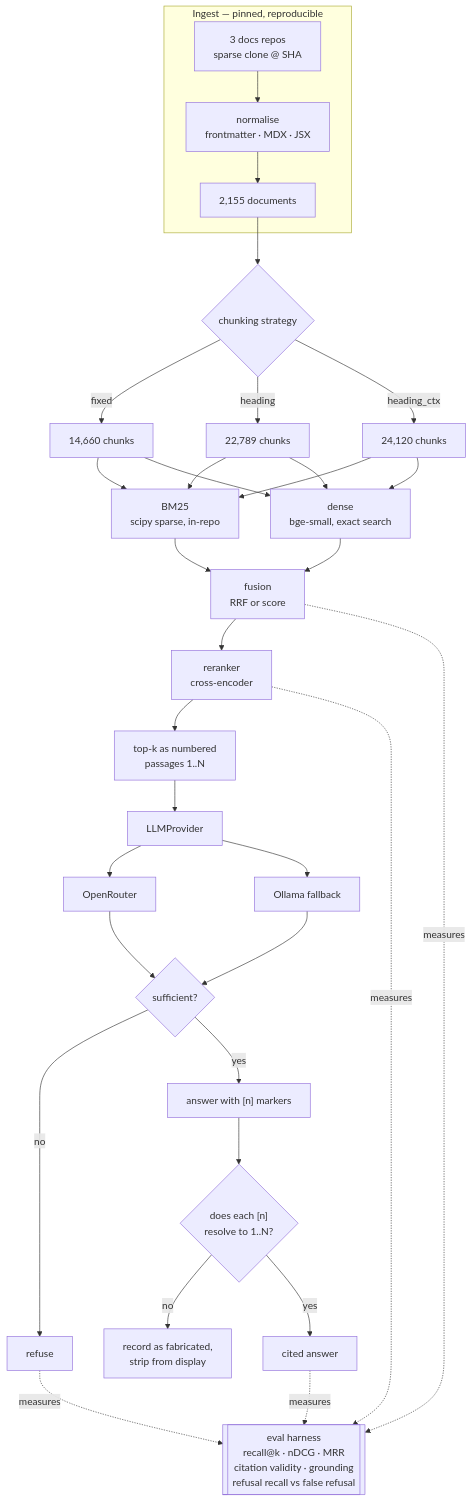
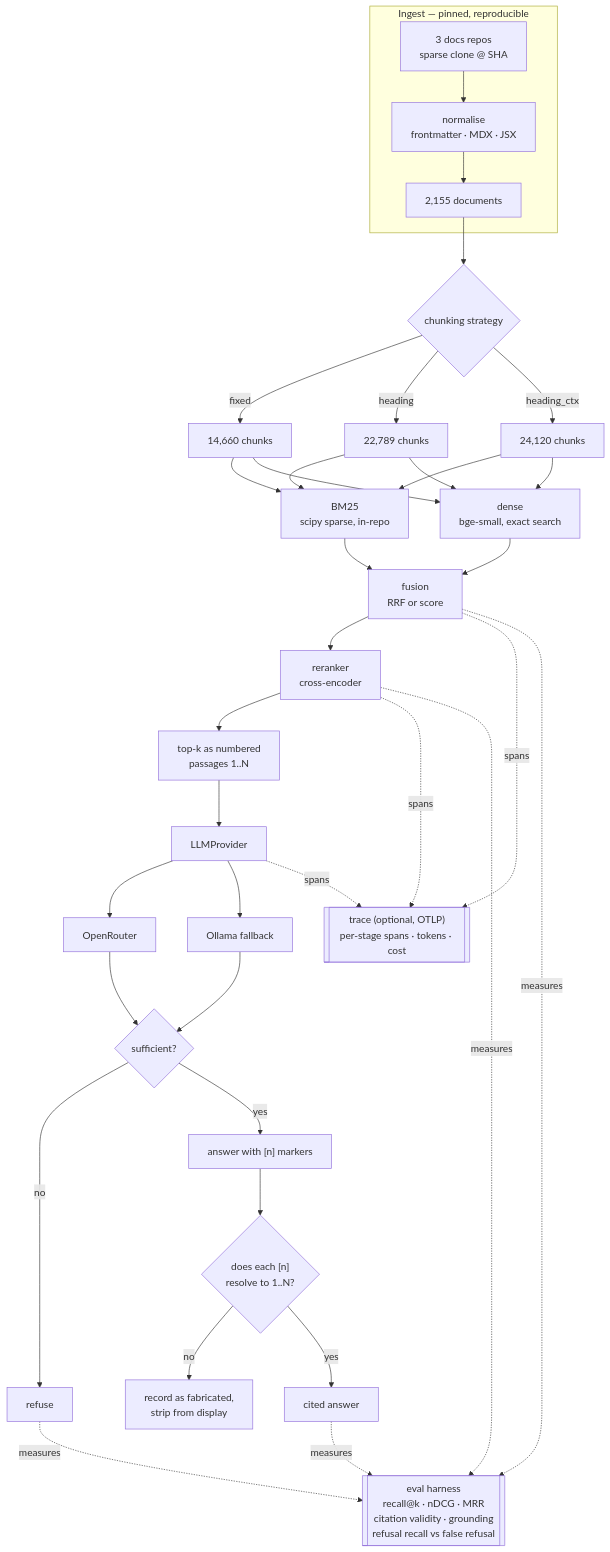
Before and after one commit to Prithv122/production-rag: the diagram in README.md, drawn with Mermaid. The commit also changed other lines of this file and 1 other file, not shown here.

Commit message:
tracing: README architecture node and run section; DEPLOY tracing options, estimated costs and privacy

````diff
--- a/README.md
+++ b/README.md
@@ -73,36 +73,41 @@
 ```mermaid
 flowchart TB
     subgraph ingest ["Ingest — pinned, reproducible"]
         A["3 docs repos<br/>sparse clone @ SHA"] --> B["normalise<br/>frontmatter · MDX · JSX"]
         B --> C["2,155 documents"]
     end
 
     C --> D{"chunking strategy"}
     D -->|fixed| E["14,660 chunks"]
     D -->|heading| F["22,789 chunks"]
     D -->|heading_ctx| G["24,120 chunks"]
 
     E & F & G --> H["BM25<br/>scipy sparse, in-repo"]
     E & F & G --> I["dense<br/>bge-small, exact search"]
 
     H --> J["fusion<br/>RRF or score"]
     I --> J
     J --> K["reranker<br/>cross-encoder"]
     K --> L["top-k as numbered<br/>passages 1..N"]
     L --> N["LLMProvider"]
 
     N --> O["OpenRouter"]
     N --> P["Ollama fallback"]
     O & P --> S{"sufficient?"}
     S -->|no| M["refuse"]
     S -->|yes| Q["answer with [n] markers"]
     Q --> T{"does each [n]<br/>resolve to 1..N?"}
     T -->|no| U["record as fabricated,<br/>strip from display"]
     T -->|yes| V["cited answer"]
 
+    X[["trace (optional, OTLP)<br/>per-stage spans · tokens · cost"]]
+    J -.spans.-> X
+    K -.spans.-> X
+    N -.spans.-> X
+
     R[["eval harness<br/>recall@k · nDCG · MRR<br/>citation validity · grounding<br/>refusal recall vs false refusal"]]
     J -.measures.-> R
     K -.measures.-> R
     V -.measures.-> R
     M -.measures.-> R
 ```
````
